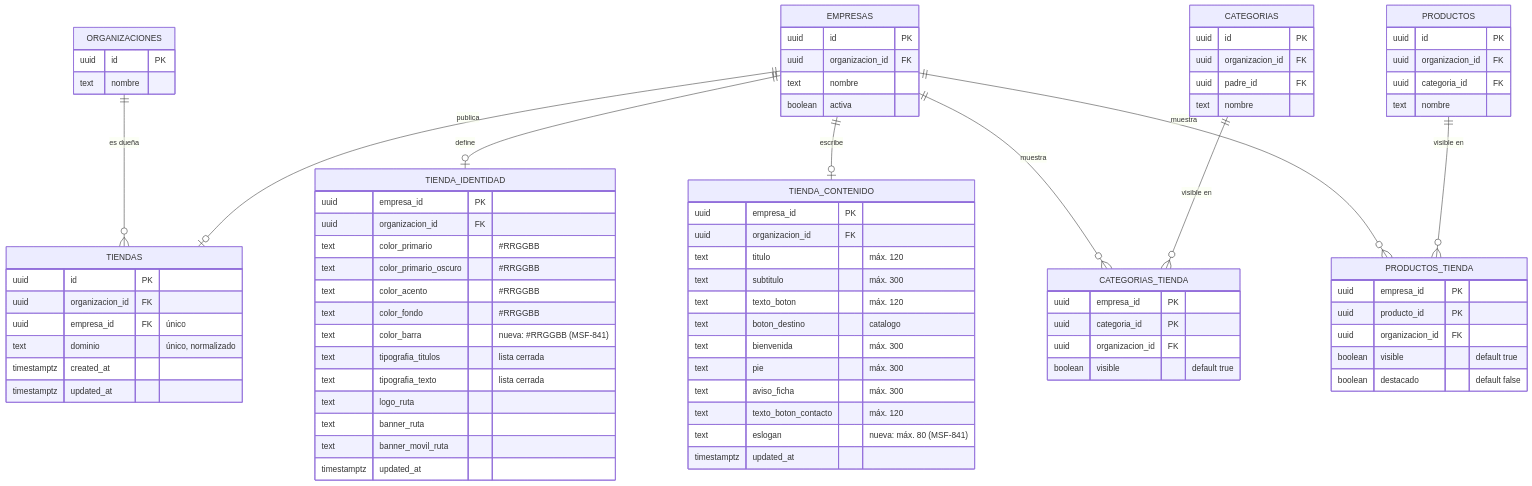
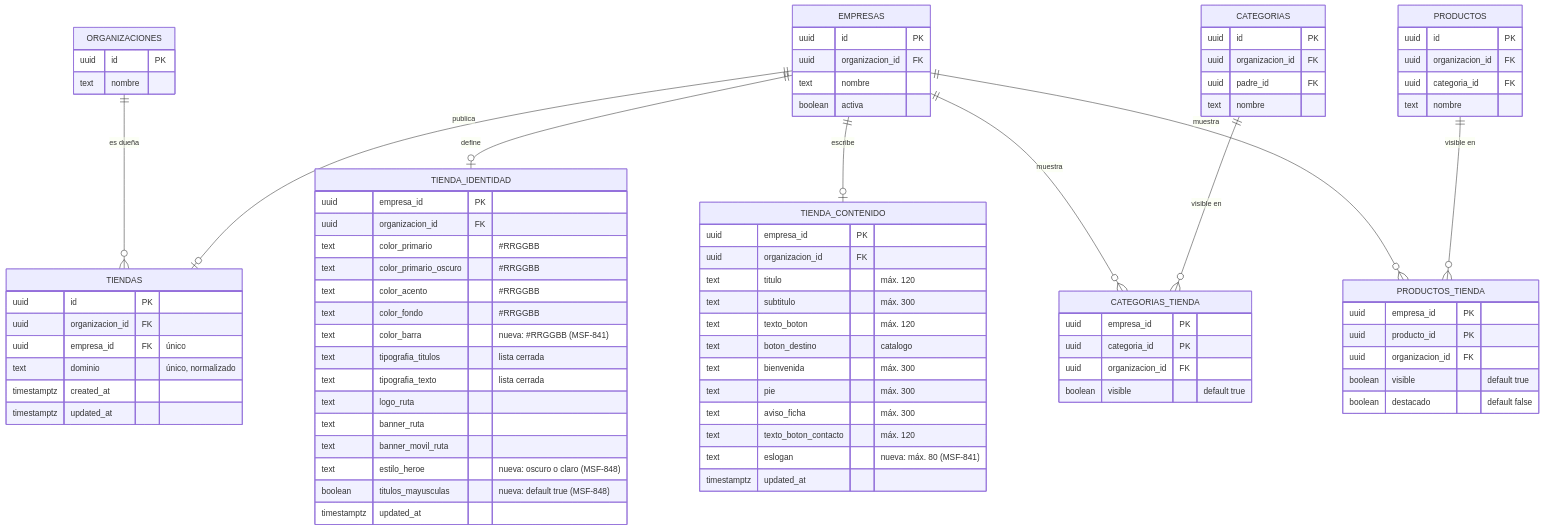
One commit to nicolasjones/multistorefront-meli changed the fifth of 50 diagrams in docs/tecnico/datos.md. Above: the diagram before and after it, drawn with Mermaid. The commit also changed other lines of this file and 6 other files, not shown here.

````diff
--- a/docs/tecnico/datos.md
+++ b/docs/tecnico/datos.md
@@ -231,66 +231,68 @@
 ```mermaid
 erDiagram
   ORGANIZACIONES ||--o{ TIENDAS : "es dueña"
   EMPRESAS ||--o| TIENDAS : "publica"
   EMPRESAS ||--o| TIENDA_IDENTIDAD : "define"
   EMPRESAS ||--o| TIENDA_CONTENIDO : "escribe"
   EMPRESAS ||--o{ CATEGORIAS_TIENDA : "muestra"
   CATEGORIAS ||--o{ CATEGORIAS_TIENDA : "visible en"
   EMPRESAS ||--o{ PRODUCTOS_TIENDA : "muestra"
   PRODUCTOS ||--o{ PRODUCTOS_TIENDA : "visible en"
 
   TIENDAS { uuid id PK
     uuid organizacion_id FK
     uuid empresa_id FK "único"
     text dominio "único, normalizado"
     timestamptz created_at
     timestamptz updated_at }
   TIENDA_IDENTIDAD { uuid empresa_id PK
     uuid organizacion_id FK
     text color_primario "#RRGGBB"
     text color_primario_oscuro "#RRGGBB"
     text color_acento "#RRGGBB"
     text color_fondo "#RRGGBB"
     text color_barra "nueva: #RRGGBB (MSF-841)"
     text tipografia_titulos "lista cerrada"
     text tipografia_texto "lista cerrada"
     text logo_ruta
     text banner_ruta
     text banner_movil_ruta
+    text estilo_heroe "nueva: oscuro o claro (MSF-848)"
+    boolean titulos_mayusculas "nueva: default true (MSF-848)"
     timestamptz updated_at }
   TIENDA_CONTENIDO { uuid empresa_id PK
     uuid organizacion_id FK
     text titulo "máx. 120"
     text subtitulo "máx. 300"
     text texto_boton "máx. 120"
     text boton_destino "catalogo"
     text bienvenida "máx. 300"
     text pie "máx. 300"
     text aviso_ficha "máx. 300"
     text texto_boton_contacto "máx. 120"
     text eslogan "nueva: máx. 80 (MSF-841)"
     timestamptz updated_at }
   CATEGORIAS_TIENDA { uuid empresa_id PK
     uuid categoria_id PK
     uuid organizacion_id FK
     boolean visible "default true" }
   PRODUCTOS_TIENDA { uuid empresa_id PK
     uuid producto_id PK
     uuid organizacion_id FK
     boolean visible "default true"
     boolean destacado "default false" }
   EMPRESAS { uuid id PK
     uuid organizacion_id FK
     text nombre
     boolean activa }
   CATEGORIAS { uuid id PK
     uuid organizacion_id FK
     uuid padre_id FK
     text nombre }
   PRODUCTOS { uuid id PK
     uuid organizacion_id FK
     uuid categoria_id FK
     text nombre }
   ORGANIZACIONES { uuid id PK
     text nombre }
 ```
````
